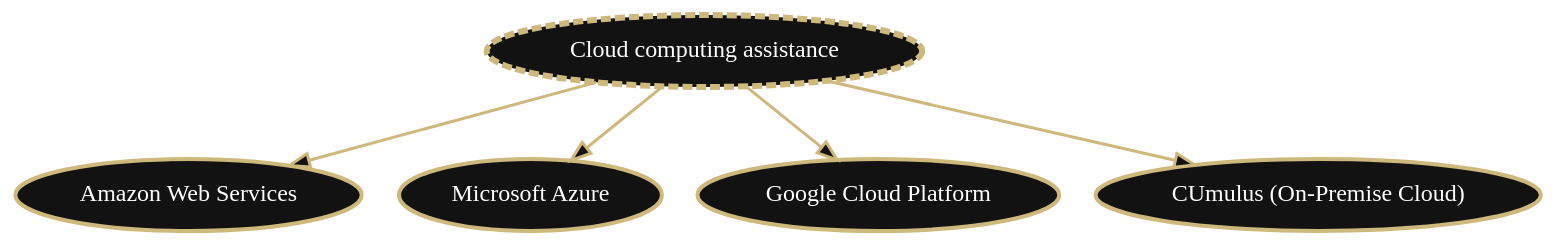
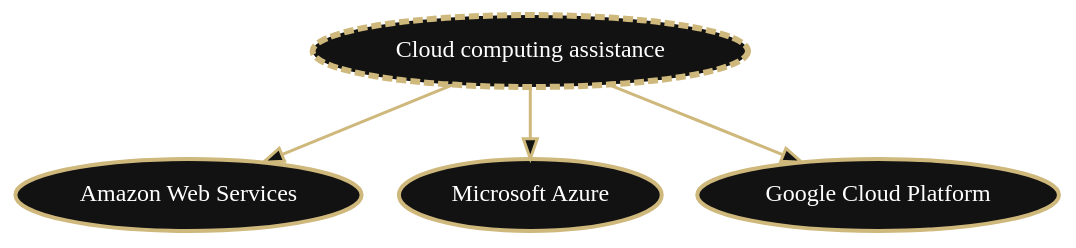
Before and after one commit to ResearchComputing/Documentation: the diagram in graphviz_flowcharts/dot_files/getting_started_cloud_flowchart.dot, drawn with Graphviz. The commit also changed 59 other files, not shown here.

```diff
--- a/graphviz_flowcharts/dot_files/getting_started_cloud_flowchart.dot
+++ b/graphviz_flowcharts/dot_files/getting_started_cloud_flowchart.dot
@@ -1,18 +1,16 @@
 digraph "" {
          bgcolor="transparent";
          ranksep="0.5 equally";
          graph [id="doc-flowchart"];
          node [fontname="Verdana", fontsize="12", color="#CFB87C", style="filled", fillcolor="#121212", penwidth="2", fontcolor="white"];
          edge [color="#CFB87C", fillcolor="#121212", penwidth="1.5"];
 
          cloud [label="Cloud computing assistance", style="filled,dashed", penwidth="3"];
          aws [label="Amazon Web Services", href="../cloud/aws/index.html", target="_blank", id="clickable"];
          azure [label="Microsoft Azure", href="../cloud/azure/index.html", target="_blank", id="clickable"];
          gcp [label="Google Cloud Platform", href="../cloud/gcp/index.html", target="_blank", id="clickable"];
-         cumulus [label="CUmulus (On-Premise Cloud)", href="../cloud/cumulus/index.html", target="_blank", id="clickable"];
 
          cloud -> aws;
          cloud -> azure;
          cloud -> gcp;
-         cloud -> cumulus;
      }
```
